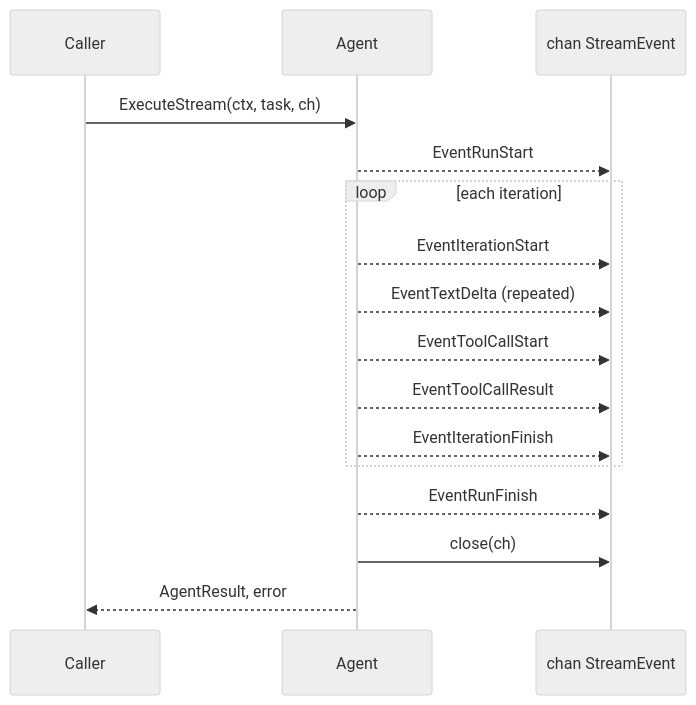
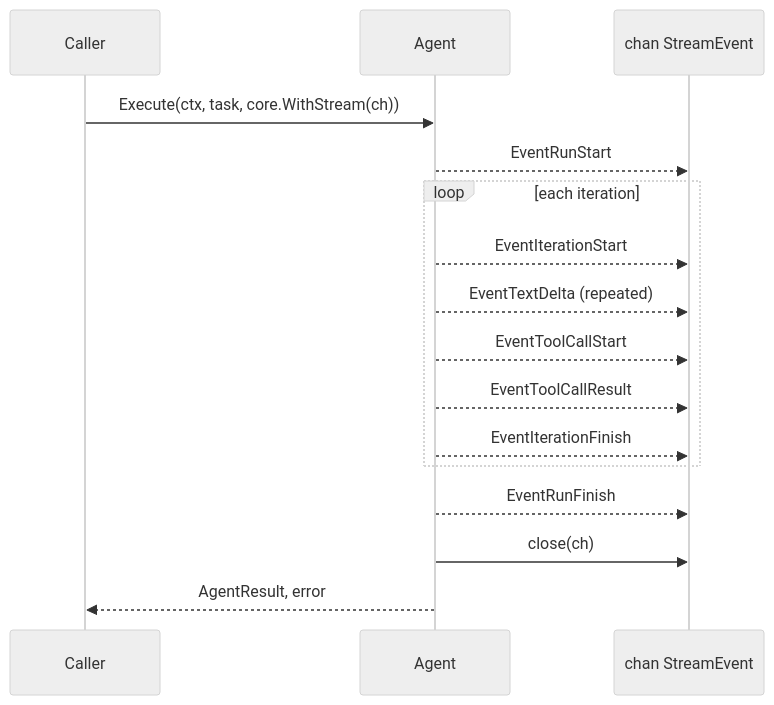
Before and after one commit to nevindra/oasis: the second of 2 diagrams in docs/external/agent/index.md, drawn with Mermaid (neutral theme). The commit also changed other lines of this file and 200 other files, not shown here.

````diff
--- a/docs/external/agent/index.md
+++ b/docs/external/agent/index.md
@@ -143,19 +143,19 @@
 ```mermaid
 sequenceDiagram
     participant Caller
     participant Agent
     participant ch as chan StreamEvent
 
-    Caller->>Agent: ExecuteStream(ctx, task, ch)
+    Caller->>Agent: Execute(ctx, task, core.WithStream(ch))
     Agent-->>ch: EventRunStart
     loop each iteration
         Agent-->>ch: EventIterationStart
         Agent-->>ch: EventTextDelta (repeated)
         Agent-->>ch: EventToolCallStart
         Agent-->>ch: EventToolCallResult
         Agent-->>ch: EventIterationFinish
     end
     Agent-->>ch: EventRunFinish
     Agent->>ch: close(ch)
     Agent-->>Caller: AgentResult, error
 ```
````
